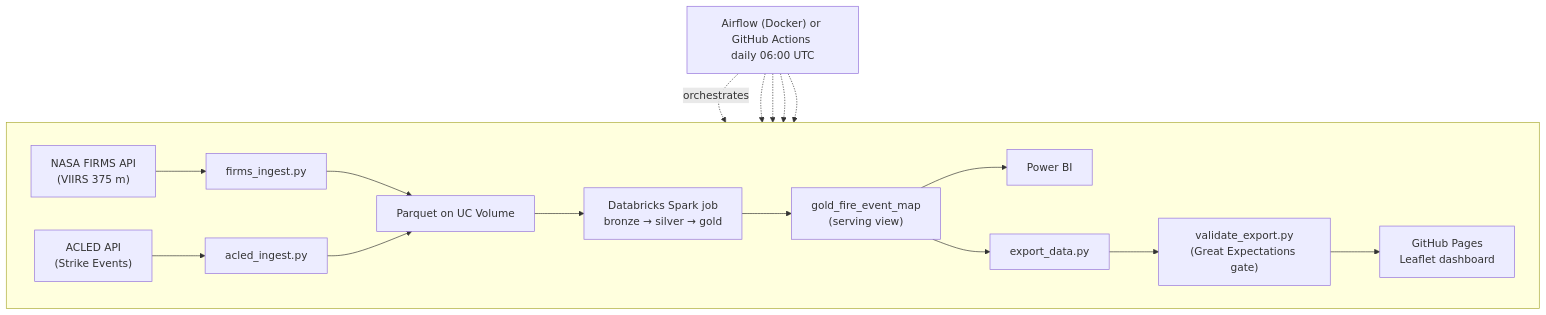
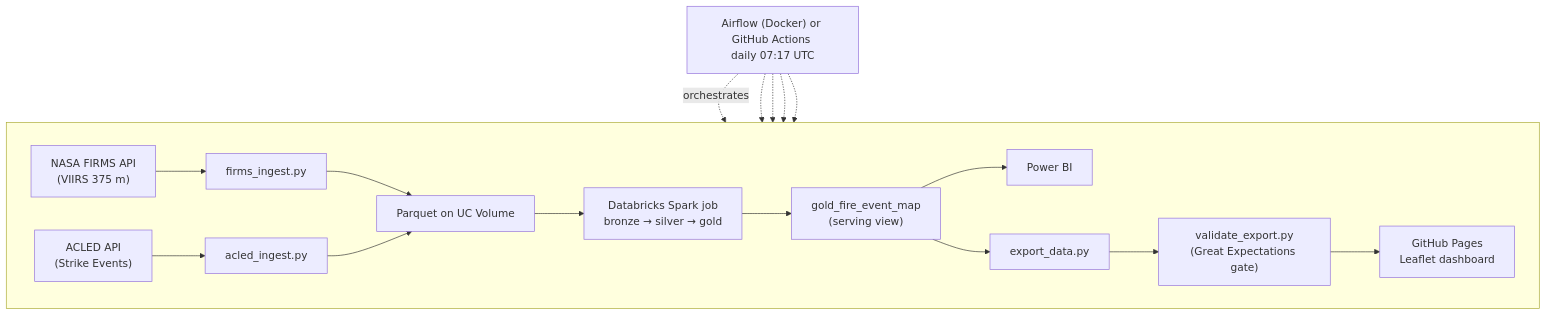
The diagram in README.md (artkha1/StrikeMatch), drawn with Mermaid before and after one commit. The commit also changed other lines of this file and 3 other files, not shown here.

````diff
--- a/README.md
+++ b/README.md
@@ -15,24 +15,24 @@
 ```mermaid
 flowchart TB
-    AF["Airflow (Docker) or GitHub Actions <br/>daily 06:00 UTC"]
+    AF["Airflow (Docker) or GitHub Actions <br/>daily 07:17 UTC"]
 
     subgraph pipeline[" "]
         direction LR
         FIRMS["NASA FIRMS API<br/>(VIIRS 375 m)"] --> IF["firms_ingest.py"]
         ACLED["ACLED API<br/>(Strike Events)"] --> IA["acled_ingest.py"]
         IF --> VOL["Parquet on UC Volume"]
         IA --> VOL
         VOL --> JOB["Databricks Spark job<br/>bronze → silver → gold"]
         JOB --> VIEW["gold_fire_event_map<br/>(serving view)"]
         VIEW --> PBI["Power BI"]
         VIEW --> EXP["export_data.py"]
         EXP --> DQ["validate_export.py<br/>(Great Expectations gate)"]
         DQ --> PAGES["GitHub Pages<br/>Leaflet dashboard"]
     end
 
     AF -. orchestrates .-> IF
     AF -.-> IA
     AF -.-> JOB
     AF -.-> EXP
     AF -.-> DQ
 ```
````
